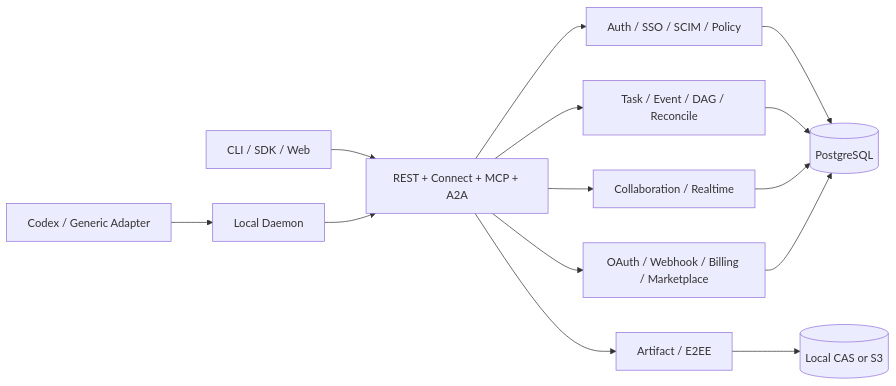
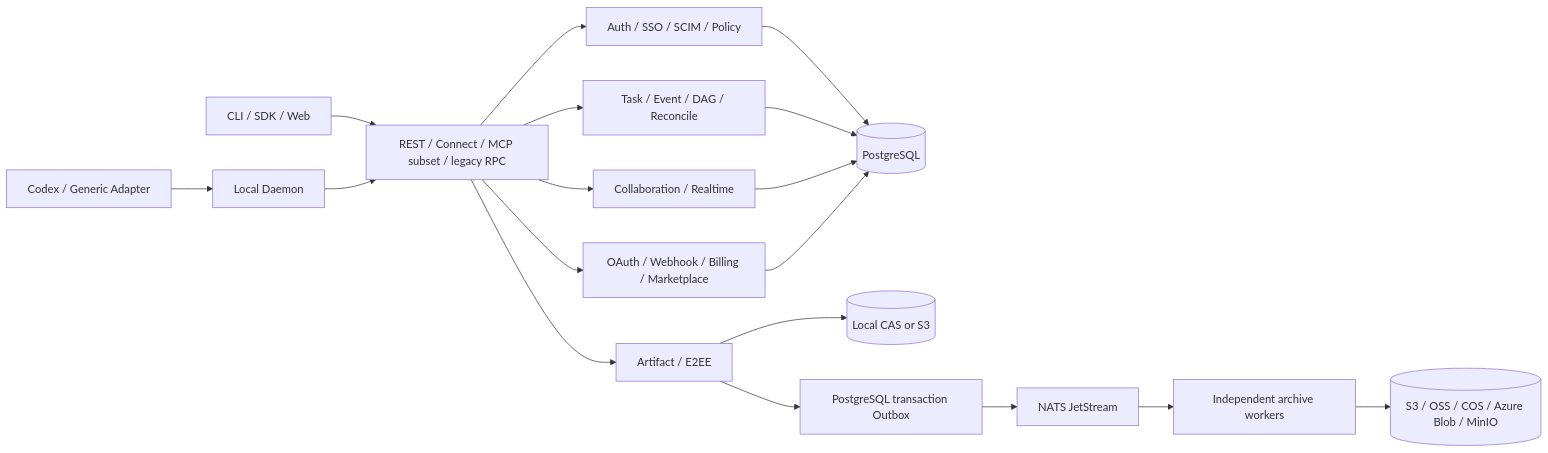
One commit to bjzhangshuai/agent-continuity-master changed the first of 2 diagrams in docs/architecture.md. Above: the diagram before and after it, drawn with Mermaid. The commit also changed other lines of this file and 41 other files, not shown here.

````diff
--- a/docs/architecture.md
+++ b/docs/architecture.md
@@ -5,16 +5,20 @@
 ```mermaid
 flowchart LR
   AD[Codex / Generic Adapter] --> LD[Local Daemon]
-  CLI[CLI / SDK / Web] --> API[REST + Connect + MCP + A2A]
+  CLI[CLI / SDK / Web] --> API[REST / Connect / MCP subset / legacy RPC]
   LD --> API
   API --> IAM[Auth / SSO / SCIM / Policy]
   API --> CORE[Task / Event / DAG / Reconcile]
   API --> COL[Collaboration / Realtime]
   API --> ART[Artifact / E2EE]
   API --> DEV[OAuth / Webhook / Billing / Marketplace]
   IAM --> PG[(PostgreSQL)]
   CORE --> PG
   COL --> PG
   DEV --> PG
   ART --> OBJ[(Local CAS or S3)]
+  ART --> OUTBOX[PostgreSQL transaction Outbox]
+  OUTBOX --> JS[NATS JetStream]
+  JS --> W[Independent archive workers]
+  W --> CLOUD[(S3 / OSS / COS / Azure Blob / MinIO)]
 ```
````
